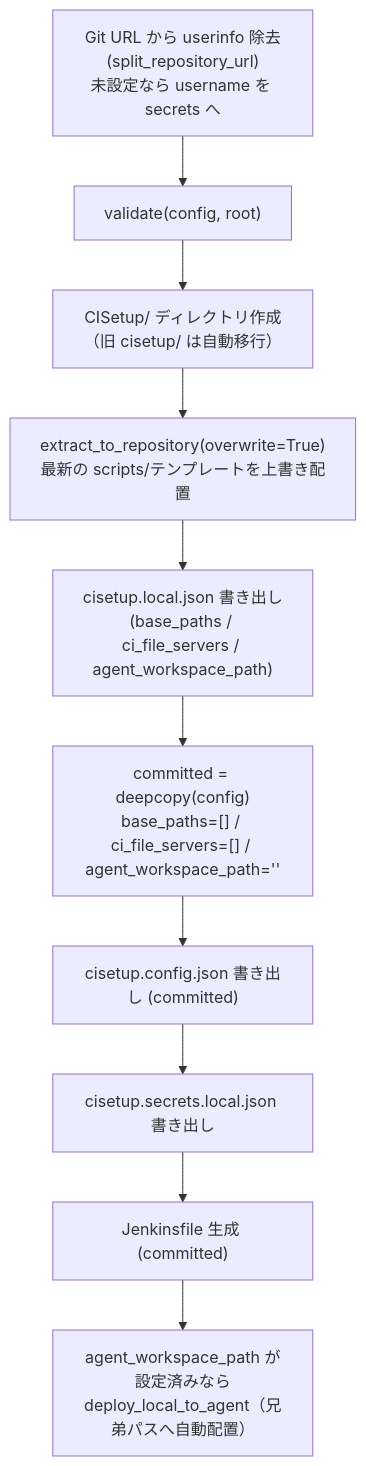
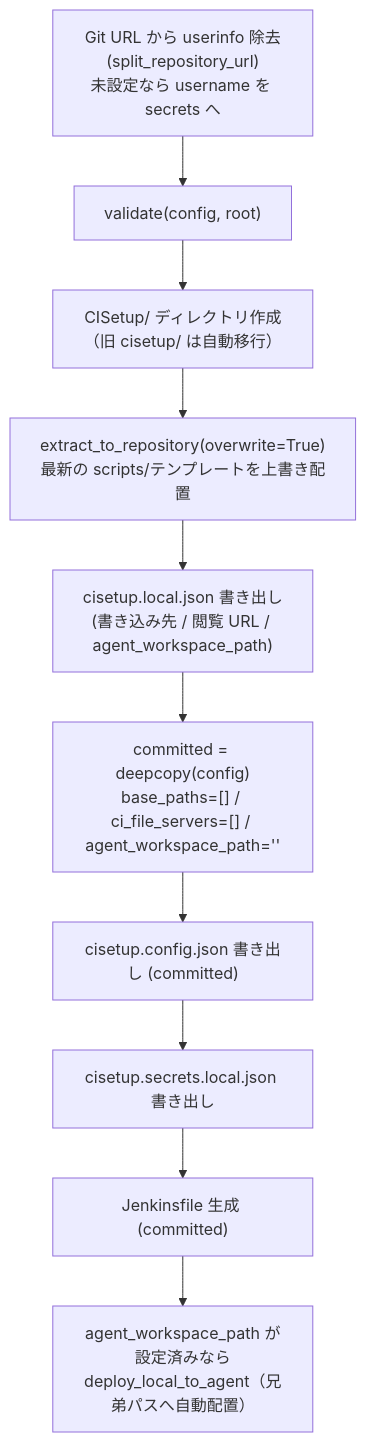
The fourth of 13 diagrams in docs/DESIGN.md (gt-ynakamatsu/ci-setup-tool), drawn with Mermaid before and after one commit. The commit also changed other lines of this file and 8 other files, not shown here.

First line of the commit message:
Keep Teams view URLs out of Git via cisetup.local.json.

````diff
--- a/docs/DESIGN.md
+++ b/docs/DESIGN.md
@@ -635,12 +637,12 @@
 ```mermaid
 flowchart TB
     A["Git URL から userinfo 除去<br/>(split_repository_url)<br/>未設定なら username を secrets へ"] --> B["validate(config, root)"]
     B --> C["CISetup/ ディレクトリ作成（旧 cisetup/ は自動移行）"]
     C --> D["extract_to_repository(overwrite=True)<br/>最新の scripts/テンプレートを上書き配置"]
-    D -->     E["cisetup.local.json 書き出し<br/>(base_paths / ci_file_servers / agent_workspace_path)"]
+    D -->     E["cisetup.local.json 書き出し<br/>(書き込み先 / 閲覧 URL / agent_workspace_path)"]
     E --> F["committed = deepcopy(config)<br/>base_paths=[] / ci_file_servers=[] / agent_workspace_path=''"]
     F --> G["cisetup.config.json 書き出し (committed)"]
     G --> H["cisetup.secrets.local.json 書き出し"]
     H --> I["Jenkinsfile 生成 (committed)"]
     I --> J["agent_workspace_path が設定済みなら<br/>deploy_local_to_agent（兄弟パスへ自動配置）"]
 ```
````
